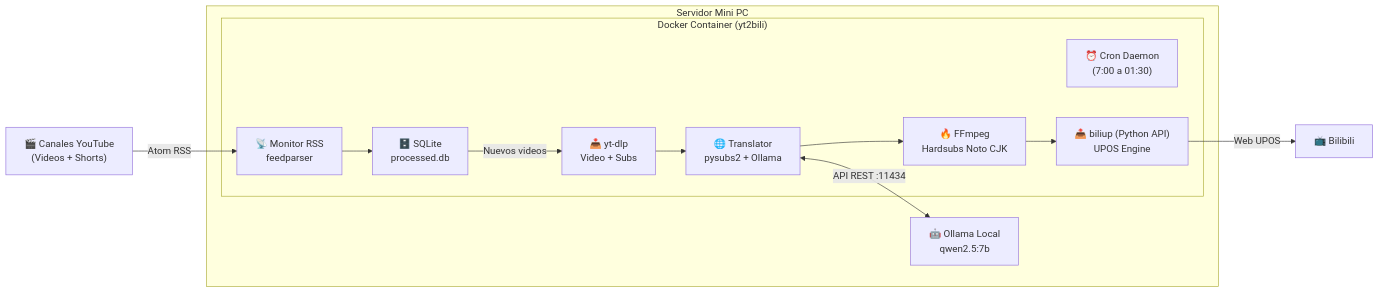
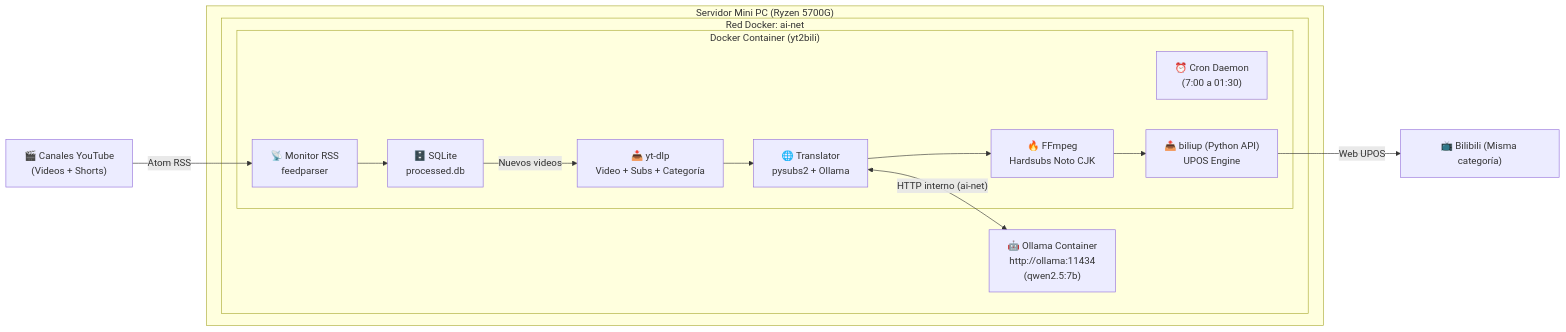
The diagram in README.md (fernandor2/yt2bili), drawn with Mermaid before and after one commit. The commit also changed other lines of this file and 5 other files, not shown here.

Commit message:
Add automatic YouTube category matching and integrate with ai-net Docker network

````diff
--- a/README.md
+++ b/README.md
@@ -11,24 +11,26 @@
 ```mermaid
 flowchart LR
-    subgraph Host["Servidor Mini PC"]
-        Ollama["🤖 Ollama Local\nqwen2.5:7b"]
-        subgraph Docker["Docker Container (yt2bili)"]
-            Cron["⏰ Cron Daemon\n(7:00 a 01:30)"]
-            Monitor["📡 Monitor RSS\nfeedparser"]
-            DB["🗄️ SQLite\nprocessed.db"]
-            DL["📥 yt-dlp\nVideo + Subs"]
-            Trans["🌐 Translator\npysubs2 + Ollama"]
-            Burn["🔥 FFmpeg\nHardsubs Noto CJK"]
-            Upload["📤 biliup (Python API)\nUPOS Engine"]
+    subgraph Host["Servidor Mini PC (Ryzen 5700G)"]
+        subgraph DockerNet["Red Docker: ai-net"]
+            Ollama["🤖 Ollama Container\nhttp://ollama:11434\n(qwen2.5:7b)"]
+            subgraph YT2BILI["Docker Container (yt2bili)"]
+                Cron["⏰ Cron Daemon\n(7:00 a 01:30)"]
+                Monitor["📡 Monitor RSS\nfeedparser"]
+                DB["🗄️ SQLite\nprocessed.db"]
+                DL["📥 yt-dlp\nVideo + Subs + Categoría"]
+                Trans["🌐 Translator\npysubs2 + Ollama"]
+                Burn["🔥 FFmpeg\nHardsubs Noto CJK"]
+                Upload["📤 biliup (Python API)\nUPOS Engine"]
+            end
         end
     end
 
     YT["🎬 Canales YouTube\n(Videos + Shorts)"] -->|"Atom RSS"| Monitor
     Monitor --> DB
     DB -->|"Nuevos videos"| DL
     DL --> Trans
-    Trans <-->|"API REST :11434"| Ollama
+    Trans <-->|"HTTP interno (ai-net)"| Ollama
     Trans --> Burn
     Burn --> Upload
-    Upload -->|"Web UPOS"| Bili["📺 Bilibili"]
+    Upload -->|"Web UPOS"| Bili["📺 Bilibili (Misma categoría)"]
 ```
````
